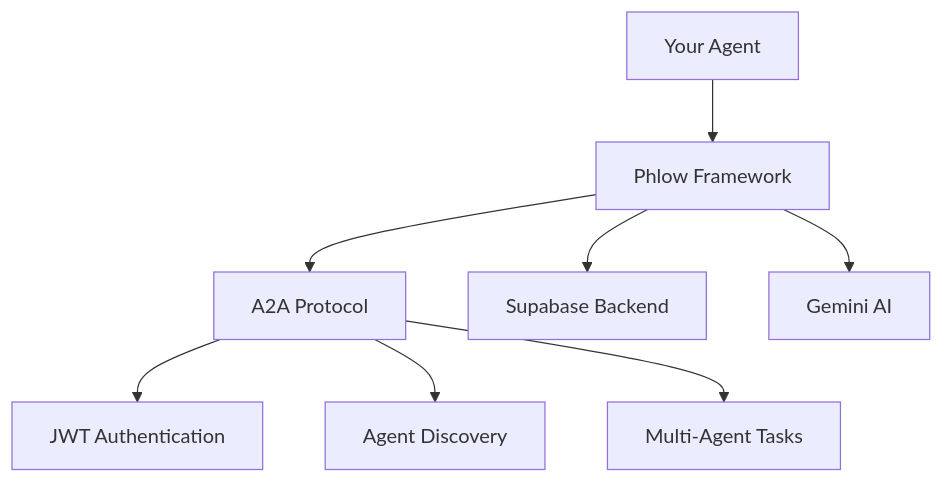
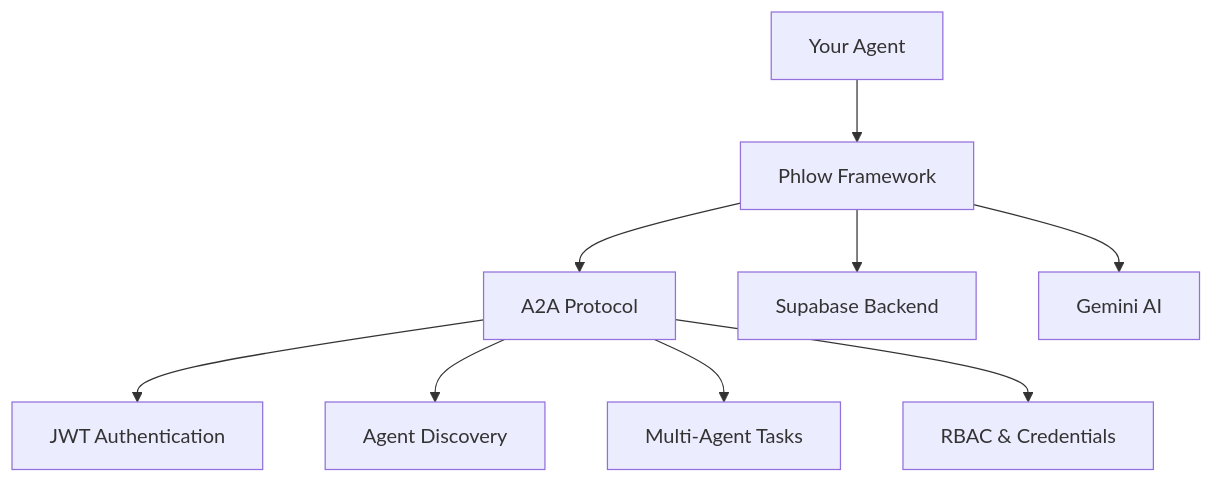
Before and after one commit to prassanna-ravishankar/phlow: the diagram in docs/index.md, drawn with Mermaid. The commit also changed other lines of this file and 19 other files, not shown here.

````diff
--- a/docs/index.md
+++ b/docs/index.md
@@ -61,11 +63,12 @@
 ```mermaid
 graph TB
     A[Your Agent] --> B[Phlow Framework]
     B --> C[A2A Protocol]
     B --> D[Supabase Backend]
     B --> E[Gemini AI]
     
     C --> F[JWT Authentication]
-    C --> G[Agent Discovery]
+    C --> G[Agent Discovery] 
     C --> H[Multi-Agent Tasks]
+    C --> I[RBAC & Credentials]
 ```
````
